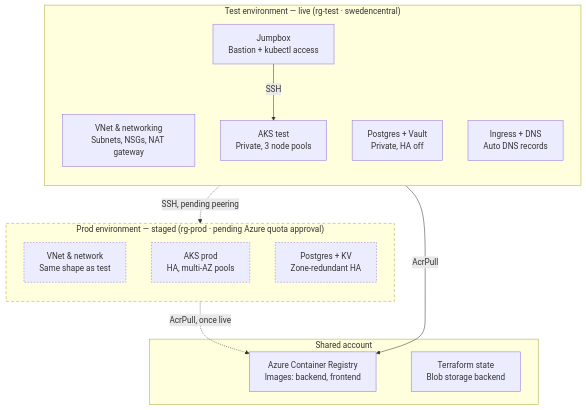
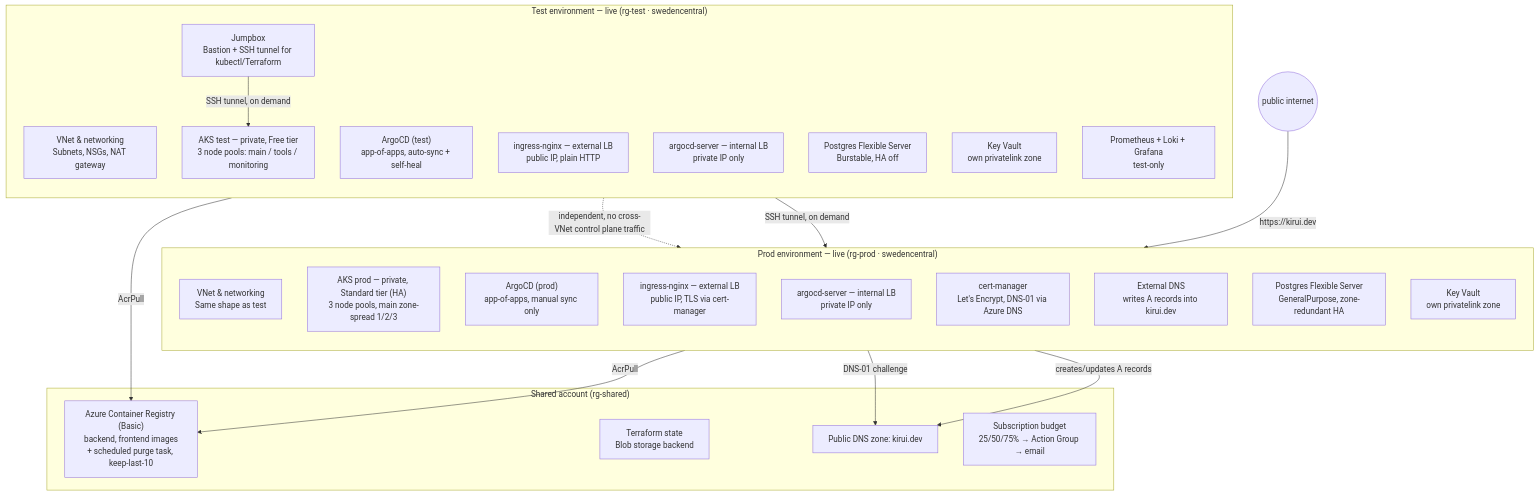
One commit to Evans-portfolio/voyager changed the diagram in Readme.md. Above: the diagram before and after it, drawn with Mermaid. The commit also changed other lines of this file, not shown here.

Commit message:
phase6: rebuild the architecture diagram to match live state
Verification pass flagged this as badly stale: prod was still shown
as staged/pending quota approval with dashed lines, and there was no
mention of the two-independent-ArgoCD-instances pivot, TLS/cert-manager,
kirui.dev, internal load balancers, or which environment actually has
the monitoring stack.

Rewrote the diagram and surrounding text against what is actually
running right now: both environments live and solid-lined, per-cluster
ArgoCD called out explicitly with the reason for the pivot, external vs
internal load balancers labeled on both, cert-manager/External DNS/
kirui.dev shown on prod, the ACR purge task and billing budget added to
the shared subgraph, and monitoring marked test-only. The GitOps flow
text now reflects the actual approve-prod gate fix and the app-of-apps-
first sync ordering, and the networking note describes the real,
confirmed Azure constraint (one zone per name per VNet) instead of the
looser claim that was wrong.

````diff
--- a/Readme.md
+++ b/Readme.md
@@ -41,33 +41,44 @@
 ```mermaid
 flowchart TB
-    subgraph Shared["Shared account"]
-        ACR["Azure Container Registry<br/>Images: backend, frontend"]
+    subgraph Shared["Shared account (rg-shared)"]
+        ACR["Azure Container Registry (Basic)<br/>backend, frontend images<br/>+ scheduled purge task, keep-last-10"]
         TFState["Terraform state<br/>Blob storage backend"]
+        DNS["Public DNS zone: kirui.dev"]
+        Budget["Subscription budget<br/>25/50/75% → Action Group → email"]
     end
 
     subgraph Test["Test environment — live (rg-test · swedencentral)"]
         direction TB
         TNet["VNet & networking<br/>Subnets, NSGs, NAT gateway"]
-        Jumpbox["Jumpbox<br/>Bastion + kubectl access"]
-        AKSTest["AKS test<br/>Private, 3 node pools"]
-        PGTest["Postgres + Vault<br/>Private, HA off"]
-        IngTest["Ingress + DNS<br/>Auto DNS records"]
+        Jumpbox["Jumpbox<br/>Bastion + SSH tunnel for kubectl/Terraform"]
+        AKSTest["AKS test — private, Free tier<br/>3 node pools: main / tools / monitoring"]
+        ArgoTest["ArgoCD (test)<br/>app-of-apps, auto-sync + self-heal"]
+        LBTestExt["ingress-nginx — external LB<br/>public IP, plain HTTP"]
+        LBTestInt["argocd-server — internal LB<br/>private IP only"]
+        PGTest["Postgres Flexible Server<br/>Burstable, HA off"]
+        KVTest["Key Vault<br/>own privatelink zone"]
+        MonTest["Prometheus + Loki + Grafana<br/>test-only"]
     end
 
-    subgraph Prod["Prod environment — staged (rg-prod · pending Azure quota approval)"]
+    subgraph Prod["Prod environment — live (rg-prod · swedencentral)"]
         direction TB
-        PNet["VNet & network<br/>Same shape as test"]
-        AKSProd["AKS prod<br/>HA, multi-AZ pools"]
-        PGProd["Postgres + KV<br/>Zone-redundant HA"]
+        PNet["VNet & networking<br/>Same shape as test"]
+        AKSProd["AKS prod — private, Standard tier (HA)<br/>3 node pools, main zone-spread 1/2/3"]
+        ArgoProd["ArgoCD (prod)<br/>app-of-apps, manual sync only"]
+        LBProdExt["ingress-nginx — external LB<br/>public IP, TLS via cert-manager"]
+        LBProdInt["argocd-server — internal LB<br/>private IP only"]
+        CertMgr["cert-manager<br/>Let's Encrypt, DNS-01 via Azure DNS"]
+        ExtDNS["External DNS<br/>writes A records into kirui.dev"]
+        PGProd["Postgres Flexible Server<br/>GeneralPurpose, zone-redundant HA"]
+        KVProd["Key Vault<br/>own privatelink zone"]
     end
 
     AKSTest -->|AcrPull| ACR
-    AKSProd -.->|AcrPull, once live| ACR
-    Jumpbox -->|SSH| AKSTest
-    Jumpbox -.->|SSH, pending peering| PNet
-
-    style Prod stroke-dasharray: 6 4
-    style AKSProd stroke-dasharray: 3 3
-    style PNet stroke-dasharray: 3 3
-    style PGProd stroke-dasharray: 3 3
+    AKSProd -->|AcrPull| ACR
+    Jumpbox -->|SSH tunnel, on demand| AKSTest
+    Jumpbox -->|SSH tunnel, on demand| AKSProd
+    ArgoTest -.->|independent, no cross-VNet control plane traffic| ArgoProd
+    ExtDNS -->|creates/updates A records| DNS
+    CertMgr -->|DNS-01 challenge| DNS
+    Internet(("public internet")) -->|https://kirui.dev| LBProdExt
 ```
````
